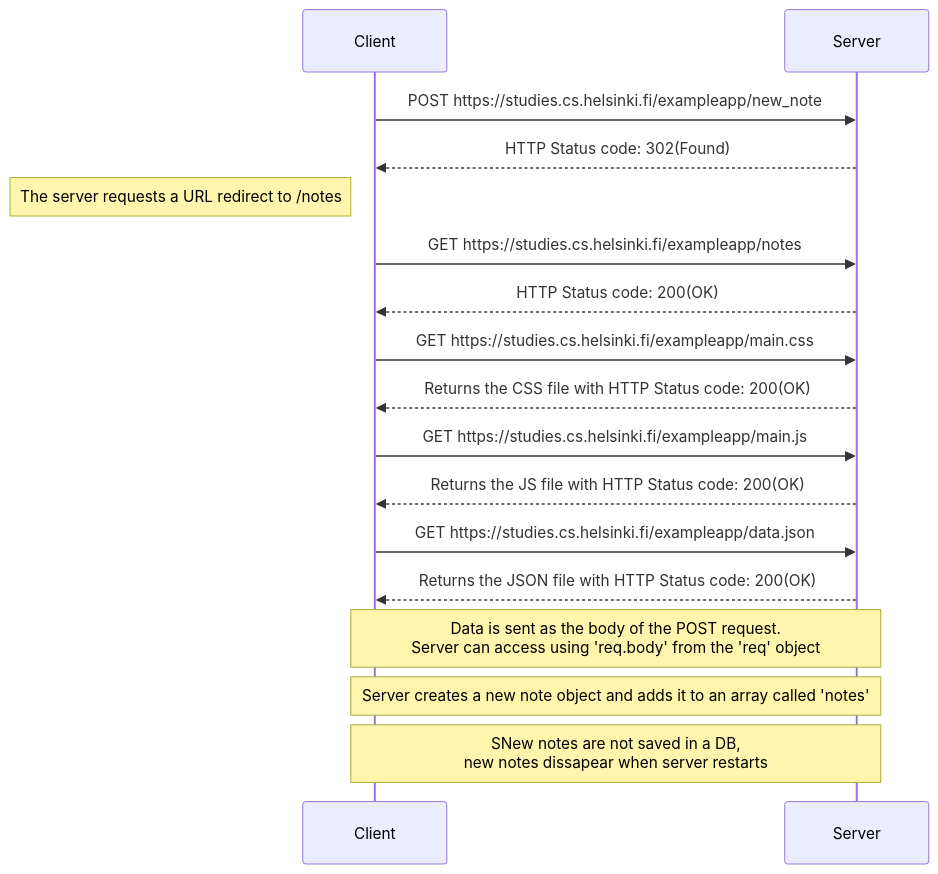
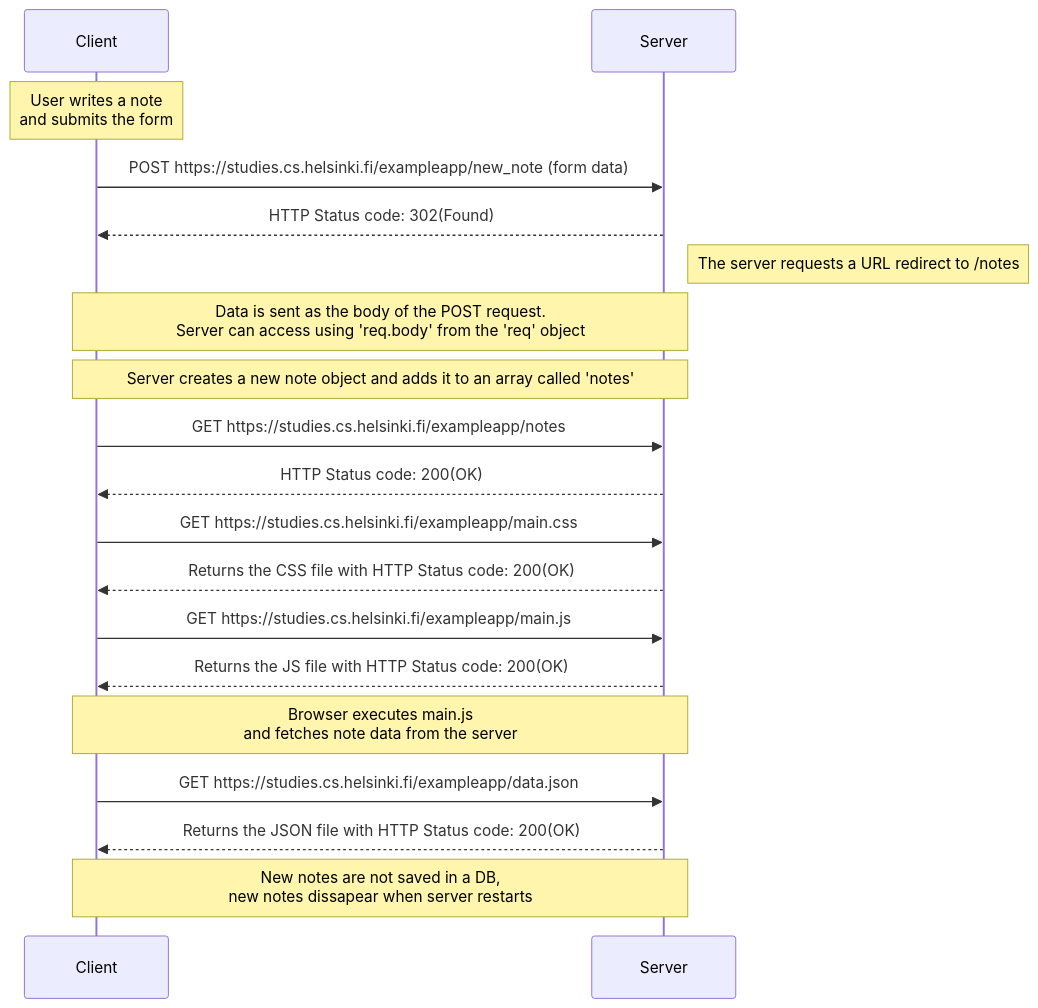
One commit to alejandro26gonzalez/part0 changed the diagram in traditionalNewNote.md. Above: the diagram before and after it, drawn with Mermaid.

Commit message:
Update sequence diagram for note submission process

````diff
--- a/traditionalNewNote.md
+++ b/traditionalNewNote.md
@@ -7,27 +7,30 @@
 ```mermaid
 sequenceDiagram
     participant Client
     participant Server
+    Note over Client: User writes a note<br/> and submits the form
 
-    Client->>Server: POST https://studies.cs.helsinki.fi/exampleapp/new_note
+    Client->>Server: POST https://studies.cs.helsinki.fi/exampleapp/new_note (form data)
     Server-->>Client: HTTP Status code: 302(Found)
 
-    Note left of Client: The server requests a URL redirect to /notes
+    Note right of Server: The server requests a URL redirect to /notes
+    Note over Client,Server: Data is sent as the body of the POST request. <br/>Server can access using 'req.body' from the 'req' object
+    Note over Client,Server: Server creates a new note object and adds it to an array called 'notes'
 
     Client->>Server: GET https://studies.cs.helsinki.fi/exampleapp/notes
     Server-->>Client: HTTP Status code: 200(OK)
 
     Client->>Server: GET https://studies.cs.helsinki.fi/exampleapp/main.css
     Server-->>Client: Returns the CSS file with HTTP Status code: 200(OK)
 
     Client->>Server: GET https://studies.cs.helsinki.fi/exampleapp/main.js
     Server-->>Client: Returns the JS file with HTTP Status code: 200(OK)
 
+    Note over Client,Server: Browser executes main.js<br/>and fetches note data from the server
+
     Client->>Server: GET https://studies.cs.helsinki.fi/exampleapp/data.json
     Server-->>Client: Returns the JSON file with HTTP Status code: 200(OK)
 
-    Note over Client,Server: Data is sent as the body of the POST request. <br/>Server can access using 'req.body' from the 'req' object
-    Note over Client,Server: Server creates a new note object and adds it to an array called 'notes'
-    Note over Client,Server: SNew notes are not saved in a DB, <br/>new notes dissapear when server restarts
+    Note over Client,Server: New notes are not saved in a DB, <br/>new notes dissapear when server restarts
 
 ```
````
